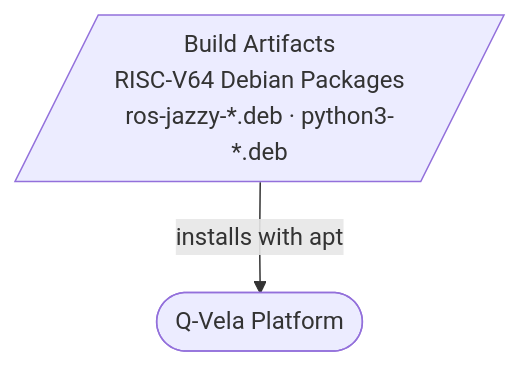
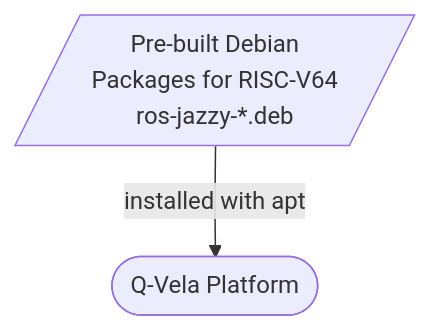
One commit to junho-falinux/vela-ros changed the diagram in README.md. Above: the diagram before and after it, drawn with Mermaid.

````diff
--- a/README.md
+++ b/README.md
@@ -11,9 +11,9 @@
 ```mermaid
 flowchart TB
-    DEBS[/"Build Artifacts<br/>RISC-V64 Debian Packages<br/>ros-jazzy-*.deb · python3-*.deb"/]
+    DEBS[/"Pre-built Debian<br/> Packages for RISC-V64<br/>ros-jazzy-*.deb"/]
 
     ENV(["Q-Vela Platform<br/>"])
     click ENV href "https://github.com/riscv-vela/vela" "Vela repository"
 
-    DEBS -->|"installs with apt"| ENV
+    DEBS -->|"installed with apt"| ENV
 ```
````
